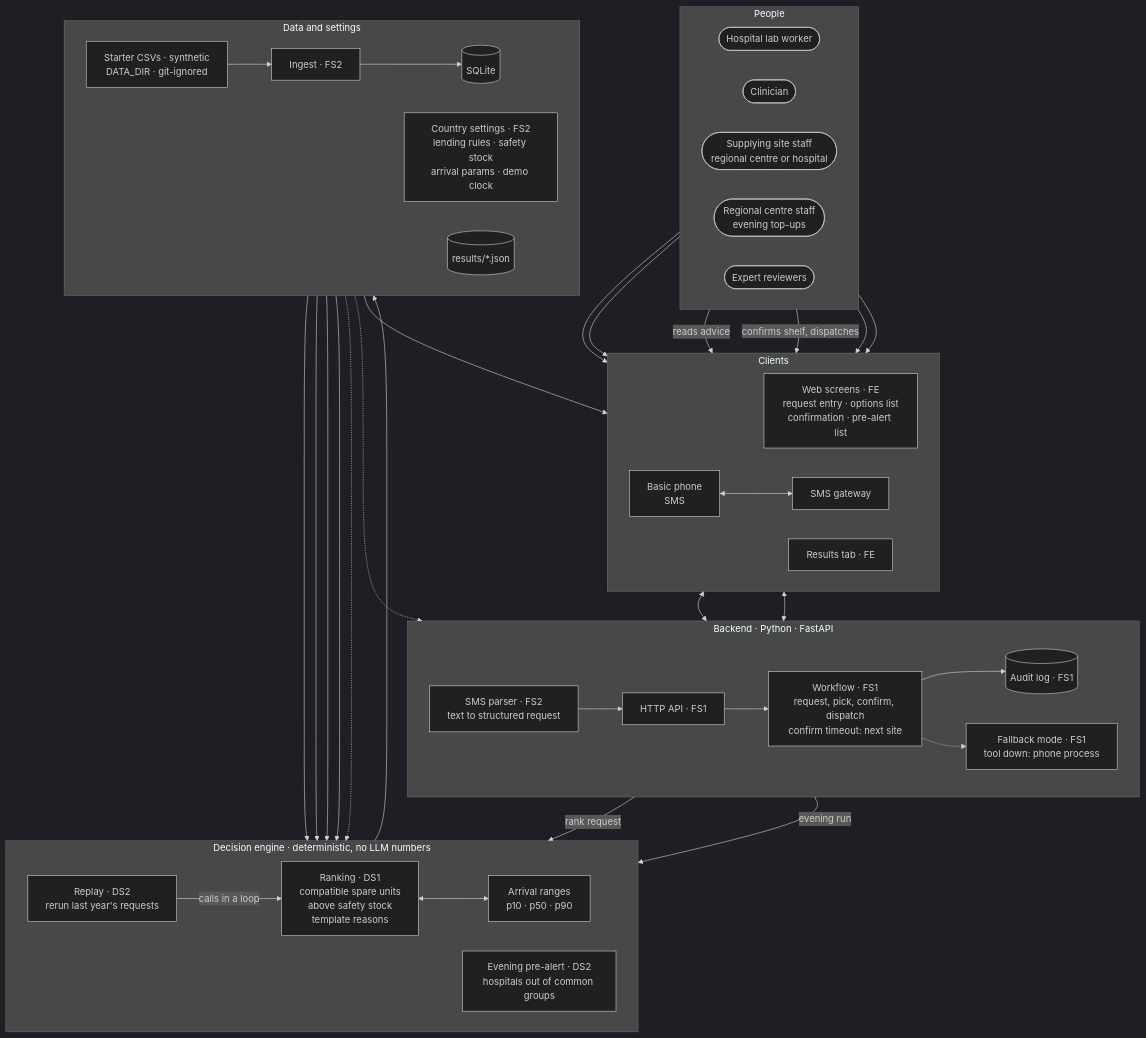
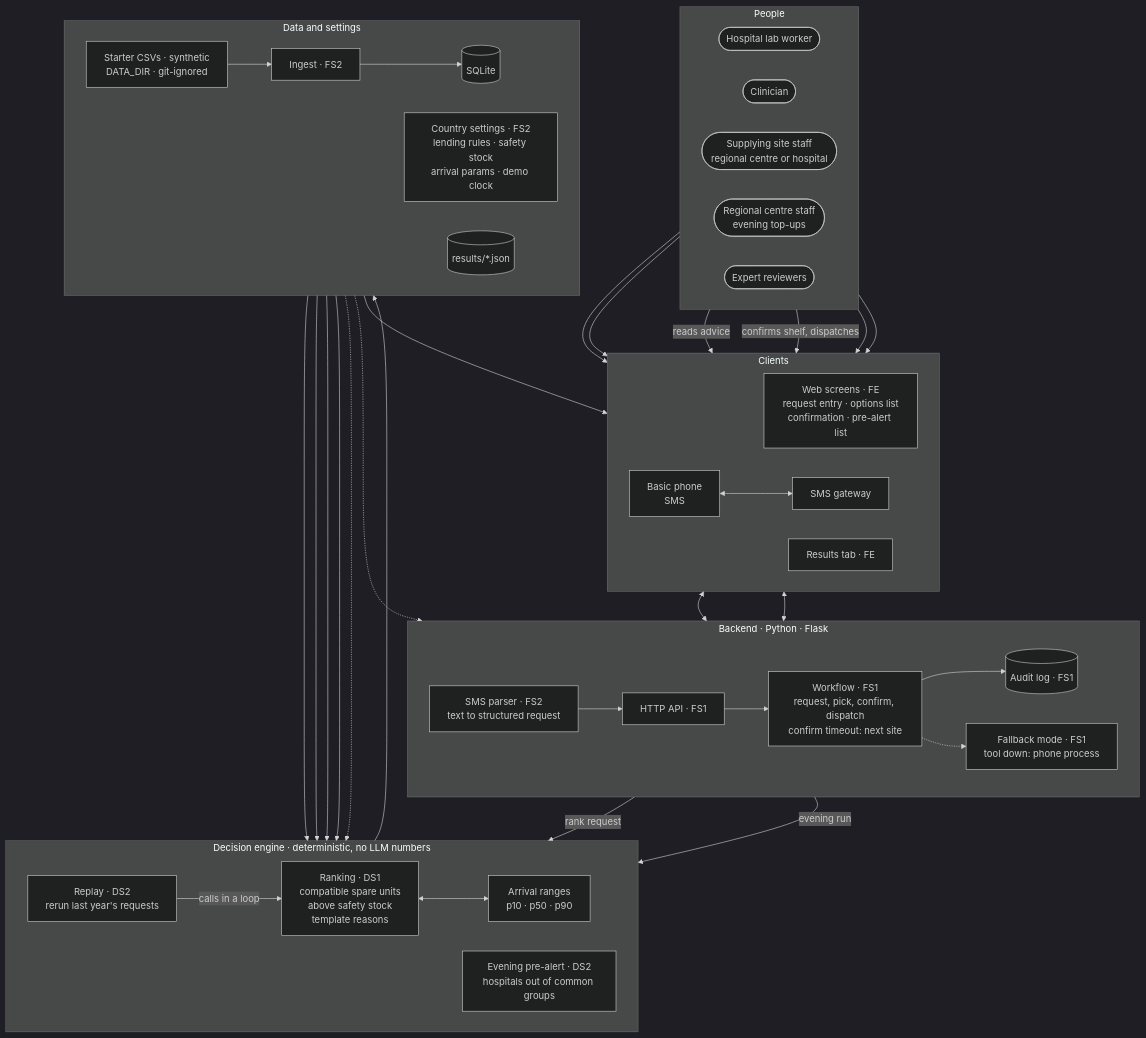
The first of 4 diagrams in docs/architecture/README.md (sharlmon/blood-dispatch-network), drawn with Mermaid (dark theme) before and after one commit. The commit also changed other lines of this file and 7 other files, not shown here.

````diff
--- a/docs/architecture/README.md
+++ b/docs/architecture/README.md
@@ -14,73 +16,73 @@
 ```mermaid
 flowchart TB
     subgraph PEOPLE["People"]
         direction LR
         LAB(["Hospital lab worker"])
         CLIN(["Clinician"])
         SITE(["Supplying site staff<br/>regional centre or hospital"])
         CENTRE(["Regional centre staff<br/>evening top-ups"])
         EXPERT(["Expert reviewers"])
     end
 
     subgraph CLIENTS["Clients"]
         direction LR
         WEB["Web screens · FE<br/>request entry · options list<br/>confirmation · pre-alert list"]
         PHONE["Basic phone<br/>SMS"]
         GW["SMS gateway"]
         RTAB["Results tab · FE"]
     end
 
-    subgraph BACKEND["Backend · Python · FastAPI"]
+    subgraph BACKEND["Backend · Python · Flask"]
         direction LR
         SMSP["SMS parser · FS2<br/>text to structured request"]
         API["HTTP API · FS1"]
         WF["Workflow · FS1<br/>request, pick, confirm, dispatch<br/>confirm timeout: next site"]
         AUDIT[("Audit log · FS1")]
         FB["Fallback mode · FS1<br/>tool down: phone process"]
     end
 
     subgraph ENGINE["Decision engine · deterministic, no LLM numbers"]
         direction LR
         RANK["Ranking · DS1<br/>compatible spare units<br/>above safety stock<br/>template reasons"]
         ARR["Arrival ranges<br/>p10 · p50 · p90"]
         PRE["Evening pre-alert · DS2<br/>hospitals out of common groups"]
         REP["Replay · DS2<br/>rerun last year's requests"]
     end
 
     subgraph STORE["Data and settings"]
         direction LR
         CSV["Starter CSVs · synthetic<br/>DATA_DIR · git-ignored"]
         ING["Ingest · FS2"]
         DB[("SQLite")]
         CFG["Country settings · FS2<br/>lending rules · safety stock<br/>arrival params · demo clock"]
         RJ[("results/*.json")]
     end
 
     LAB --> WEB
     LAB --> PHONE
     CLIN -- "reads advice" --> WEB
     SITE -- "confirms shelf, dispatches" --> WEB
     CENTRE --> WEB
     EXPERT --> RTAB
 
     PHONE <--> GW <--> SMSP
     SMSP --> API
     WEB <--> API
     API --> WF
     WF --> AUDIT
     WF -.-> FB
 
     WF -- "rank request" --> RANK
     RANK <--> ARR
     API -- "evening run" --> PRE
     REP -- "calls in a loop" --> RANK
 
     CSV --> ING --> DB
     DB --> RANK
     DB --> ARR
     DB --> PRE
     DB --> REP
     CFG -.-> ENGINE
     CFG -.-> WF
     REP --> RJ --> RTAB
 ```
````
